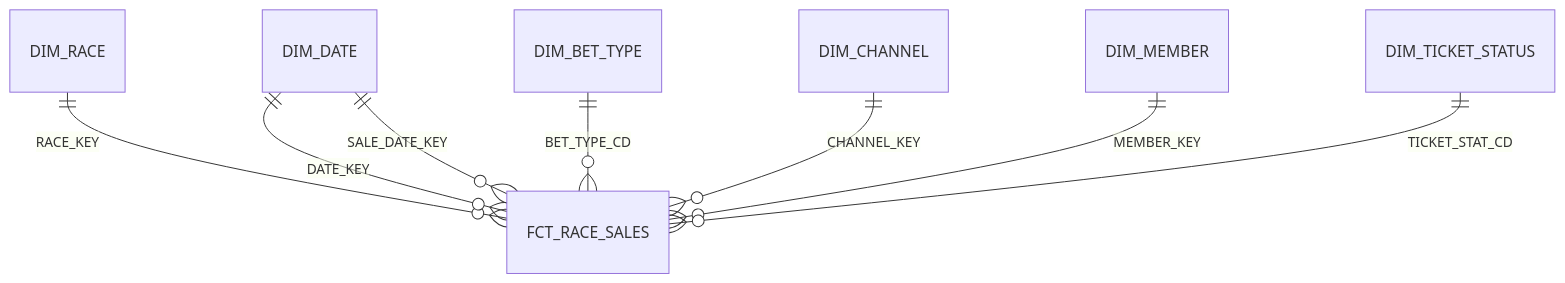
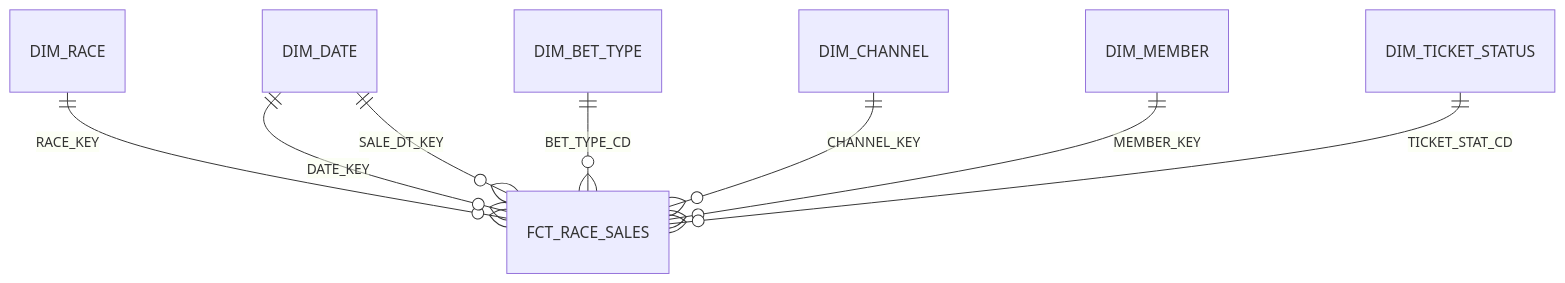
The diagram in docs/gold/race_sales.md (encore-ai-campus/mlo-03-p2-team3), drawn with Mermaid before and after one commit. The commit also changed other lines of this file and 31 other files, not shown here.

````diff
--- a/docs/gold/race_sales.md
+++ b/docs/gold/race_sales.md
@@ -49,10 +49,10 @@
 ```mermaid
 erDiagram
     DIM_RACE ||--o{ FCT_RACE_SALES : RACE_KEY
     DIM_DATE ||--o{ FCT_RACE_SALES : DATE_KEY
-    DIM_DATE ||--o{ FCT_RACE_SALES : SALE_DATE_KEY
+    DIM_DATE ||--o{ FCT_RACE_SALES : SALE_DT_KEY
     DIM_BET_TYPE ||--o{ FCT_RACE_SALES : BET_TYPE_CD
     DIM_CHANNEL ||--o{ FCT_RACE_SALES : CHANNEL_KEY
     DIM_MEMBER ||--o{ FCT_RACE_SALES : MEMBER_KEY
     DIM_TICKET_STATUS ||--o{ FCT_RACE_SALES : TICKET_STAT_CD
 ```
````
